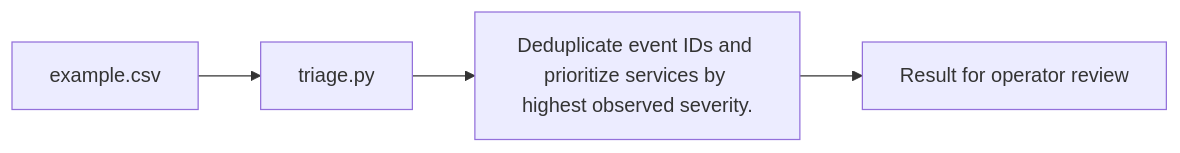
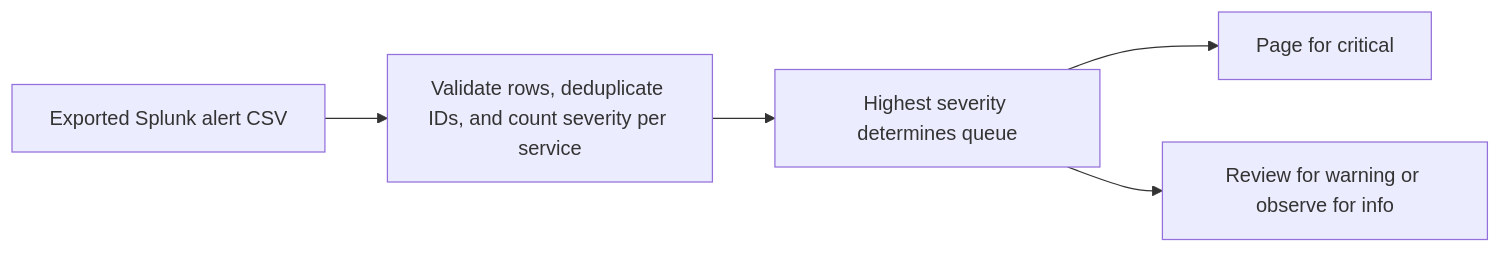
One commit to Klokesh493/splunk-alert-triage changed the diagram in docs/ARCHITECTURE.md. Above: the diagram before and after it, drawn with Mermaid. The commit also changed 1 other file, not shown here.

Commit message:
Show the project decision flow in its README

````diff
--- a/docs/ARCHITECTURE.md
+++ b/docs/ARCHITECTURE.md
@@ -5,8 +5,11 @@
 ```mermaid
 flowchart LR
-    N0["example.csv"]
-    N1["triage.py"]
-    N2["Deduplicate event IDs and prioritize services by highest observed severity."]
-    N3["Result for operator review"]
-    N0 --> N1 --> N2 --> N3
+    A["Exported Splunk alert CSV"]
+    B["Validate rows, deduplicate IDs, and count severity per service"]
+    C["Highest severity determines queue"]
+    D["Page for critical"]
+    E["Review for warning or observe for info"]
+    A --> B --> C
+    C --> D
+    C --> E
 ```
````
